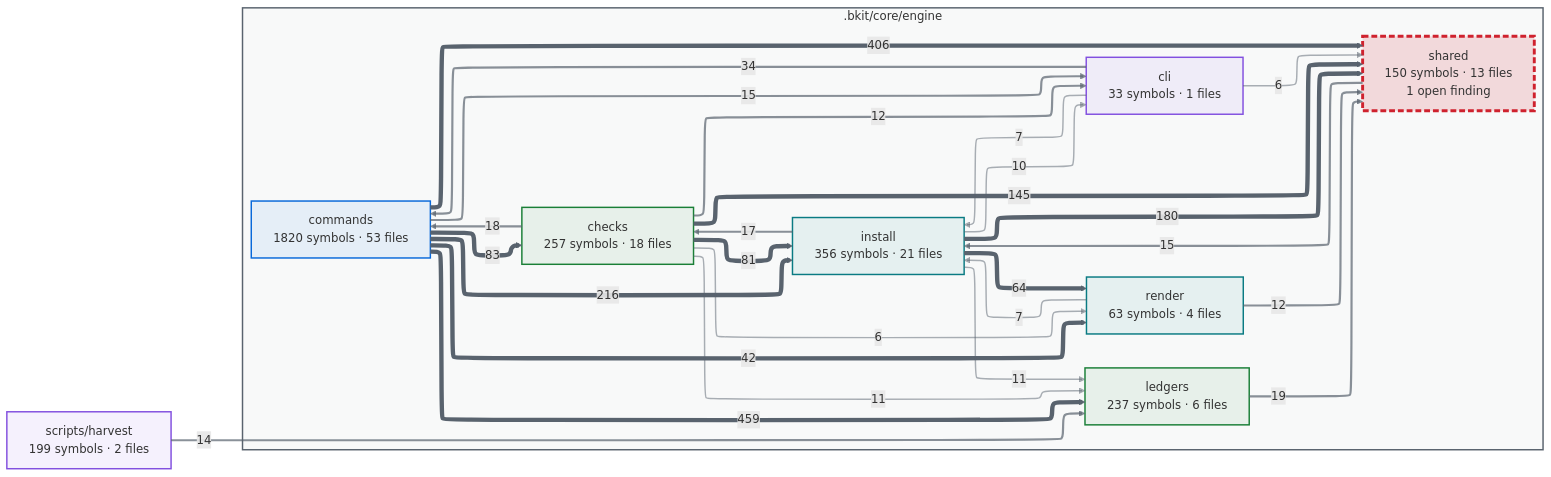
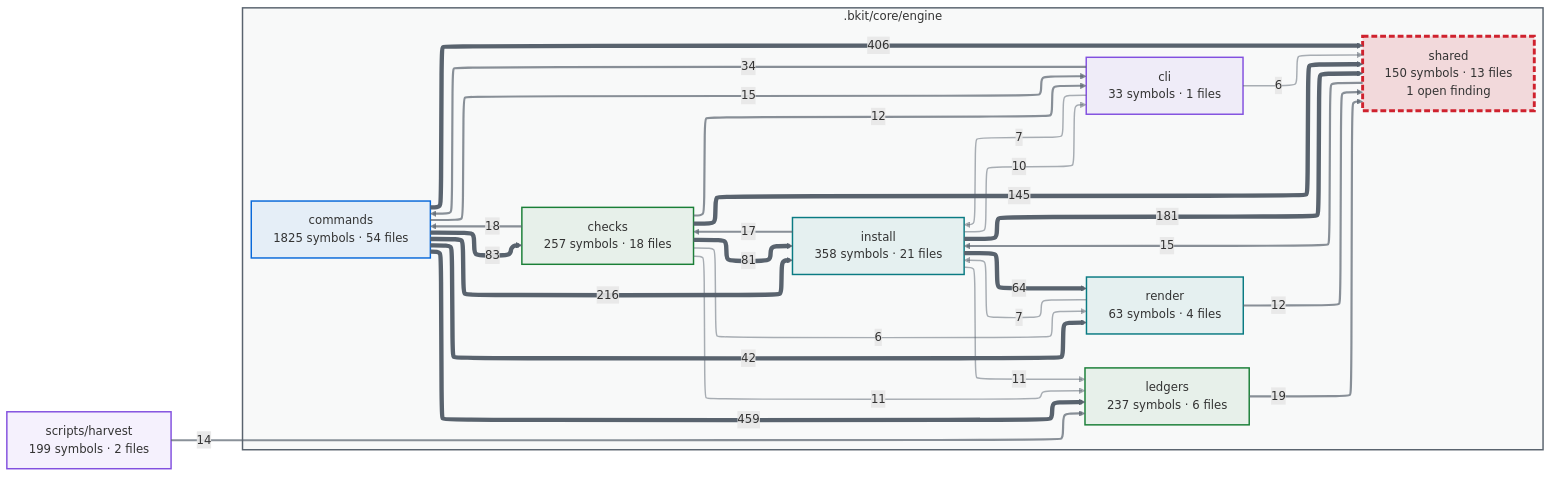
The first of 2 diagrams in docs/capabilities.md (cbartens/bkit), drawn with Mermaid before and after one commit. The commit also changed other lines of this file and 136 other files, not shown here.

````diff
--- a/docs/capabilities.md
+++ b/docs/capabilities.md
@@ -154,80 +154,80 @@
 ```mermaid
 ---
 config:
   layout: elk
   themeCSS: "marker { overflow: visible; } marker path { transform: scale(1.8); transform-origin: 5px 5px; }"
   flowchart:
     useMaxWidth: false
 ---
 flowchart LR
   %% Generated by bkit-graphify-rollup.py — do not edit
   subgraph gn_bkit_core_engine[".bkit/core/engine"]
     n_bkit_core_engine_checks["checks<br/>257 symbols · 18 files"]
     n_bkit_core_engine_cli["cli<br/>33 symbols · 1 files"]
-    n_bkit_core_engine_commands["commands<br/>1820 symbols · 53 files"]
-    n_bkit_core_engine_install["install<br/>356 symbols · 21 files"]
+    n_bkit_core_engine_commands["commands<br/>1825 symbols · 54 files"]
+    n_bkit_core_engine_install["install<br/>358 symbols · 21 files"]
     n_bkit_core_engine_ledgers["ledgers<br/>237 symbols · 6 files"]
     n_bkit_core_engine_render["render<br/>63 symbols · 4 files"]
     n_bkit_core_engine_shared["shared<br/>150 symbols · 13 files<br/>1 open finding"]
   end
   nscripts_harvest["scripts/harvest<br/>199 symbols · 2 files"]
   n_bkit_core_engine_commands -->|459| n_bkit_core_engine_ledgers
   n_bkit_core_engine_commands -->|406| n_bkit_core_engine_shared
   n_bkit_core_engine_commands -->|216| n_bkit_core_engine_install
-  n_bkit_core_engine_install -->|180| n_bkit_core_engine_shared
+  n_bkit_core_engine_install -->|181| n_bkit_core_engine_shared
   n_bkit_core_engine_checks -->|145| n_bkit_core_engine_shared
   n_bkit_core_engine_commands -->|83| n_bkit_core_engine_checks
   n_bkit_core_engine_checks -->|81| n_bkit_core_engine_install
   n_bkit_core_engine_install -->|64| n_bkit_core_engine_render
   n_bkit_core_engine_commands -->|42| n_bkit_core_engine_render
   n_bkit_core_engine_cli -->|34| n_bkit_core_engine_commands
   n_bkit_core_engine_ledgers -->|19| n_bkit_core_engine_shared
   n_bkit_core_engine_checks -->|18| n_bkit_core_engine_commands
   n_bkit_core_engine_install -->|17| n_bkit_core_engine_checks
   n_bkit_core_engine_shared -->|15| n_bkit_core_engine_install
   n_bkit_core_engine_commands -->|15| n_bkit_core_engine_cli
   nscripts_harvest -->|14| n_bkit_core_engine_ledgers
   n_bkit_core_engine_checks -->|12| n_bkit_core_engine_cli
   n_bkit_core_engine_render -->|12| n_bkit_core_engine_shared
   n_bkit_core_engine_checks -->|11| n_bkit_core_engine_ledgers
   n_bkit_core_engine_install -->|11| n_bkit_core_engine_ledgers
   n_bkit_core_engine_install -->|10| n_bkit_core_engine_cli
   n_bkit_core_engine_cli -->|7| n_bkit_core_engine_install
   n_bkit_core_engine_render -->|7| n_bkit_core_engine_install
   n_bkit_core_engine_checks -->|6| n_bkit_core_engine_render
   n_bkit_core_engine_cli -->|6| n_bkit_core_engine_shared
   style gn_bkit_core_engine fill:#59636e0a,stroke:#59636e,stroke-width:2px
   style n_bkit_core_engine_checks stroke:#1a7f37,stroke-width:2px,fill:#1a7f3714
   style n_bkit_core_engine_cli stroke:#8250df,stroke-width:2px,fill:#8250df14
   style n_bkit_core_engine_commands stroke:#0969da,stroke-width:2px,fill:#0969da14
   style n_bkit_core_engine_install stroke:#0a7b83,stroke-width:2px,fill:#0a7b8314
   style n_bkit_core_engine_ledgers stroke:#1a7f37,stroke-width:2px,fill:#1a7f3714
   style n_bkit_core_engine_render stroke:#0a7b83,stroke-width:2px,fill:#0a7b8314
   style n_bkit_core_engine_shared stroke:#cf222e,stroke-width:4px,stroke-dasharray:8 4,fill:#cf222e26
   style nscripts_harvest stroke:#8250df,stroke-width:2px,fill:#8250df14
   linkStyle 0 stroke:#59636e,stroke-width:6px
   linkStyle 1 stroke:#59636e,stroke-width:6px
   linkStyle 2 stroke:#59636e,stroke-width:6px
   linkStyle 3 stroke:#59636e,stroke-width:6px
   linkStyle 4 stroke:#59636e,stroke-width:6px
   linkStyle 5 stroke:#59636e,stroke-width:6px
   linkStyle 6 stroke:#59636e,stroke-width:6px
   linkStyle 7 stroke:#59636e,stroke-width:6px
   linkStyle 8 stroke:#59636e,stroke-width:6px
   linkStyle 9 stroke:#59636eb3,stroke-width:3px
   linkStyle 10 stroke:#59636eb3,stroke-width:3px
   linkStyle 11 stroke:#59636eb3,stroke-width:3px
   linkStyle 12 stroke:#59636eb3,stroke-width:3px
   linkStyle 13 stroke:#59636eb3,stroke-width:3px
   linkStyle 14 stroke:#59636eb3,stroke-width:3px
   linkStyle 15 stroke:#59636eb3,stroke-width:3px
   linkStyle 16 stroke:#59636eb3,stroke-width:3px
   linkStyle 17 stroke:#59636eb3,stroke-width:3px
   linkStyle 18 stroke:#59636e80,stroke-width:2px
   linkStyle 19 stroke:#59636e80,stroke-width:2px
   linkStyle 20 stroke:#59636e80,stroke-width:2px
   linkStyle 21 stroke:#59636e80,stroke-width:2px
   linkStyle 22 stroke:#59636e80,stroke-width:2px
   linkStyle 23 stroke:#59636e80,stroke-width:2px
   linkStyle 24 stroke:#59636e80,stroke-width:2px
 ```
````
